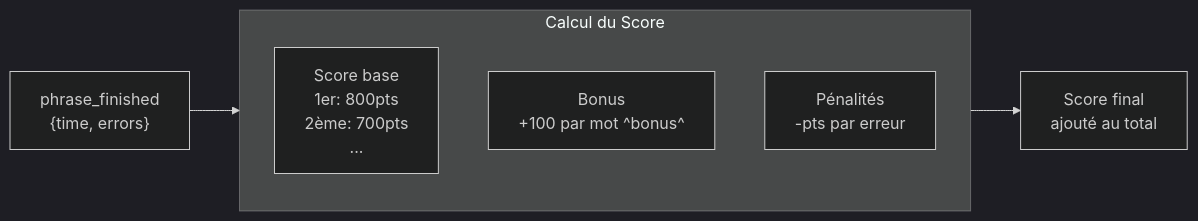
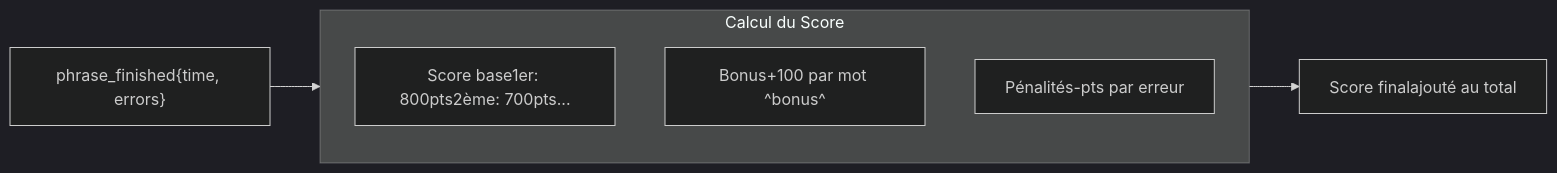
The ninth of 17 diagrams in ARCHITECTURE.md (EnterNAthan/RaceTyper), drawn with Mermaid (dark theme) before and after one commit. The commit also changed other lines of this file, not shown here.

Commit message:
fix architecture markdown

````diff
--- a/ARCHITECTURE.md
+++ b/ARCHITECTURE.md
@@ -339,12 +339,12 @@
 ```mermaid
 graph LR
-    F["phrase_finished\n{time, errors}"] --> CALC
+    F["phrase_finished{time, errors}"] --> CALC
 
     subgraph CALC["Calcul du Score"]
-        B["Score base\n1er: 800pts\n2ème: 700pts\n..."]
-        BO["Bonus\n+100 par mot ^bonus^"]
-        P["Pénalités\n-pts par erreur"]
+        B["Score base1er: 800pts2ème: 700pts..."]
+        BO["Bonus+100 par mot ^bonus^"]
+        P["Pénalités-pts par erreur"]
     end
 
-    CALC --> S["Score final\najouté au total"]
+    CALC --> S["Score finalajouté au total"]
 ```
````
